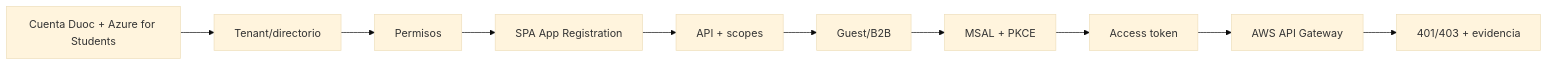
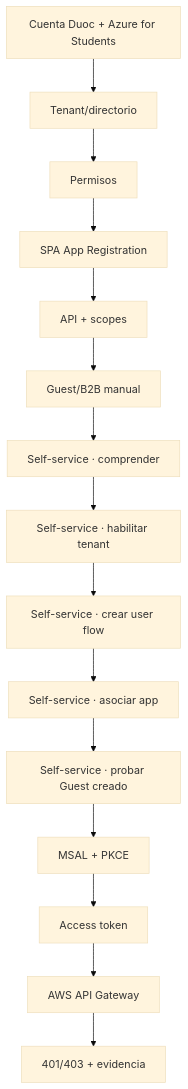
The first of 2 diagrams in semanas/semana-04/00a-guia-operativa-autenticacion-entra.md (cmartinezs/DSY1107-DESARROLLO-CLOUD-NATIVE-I-2026-2), drawn with Mermaid (base theme) before and after one commit. The commit also changed other lines of this file, not shown here.

Commit message:
docs(dsy1107): add staged self-service sign-up to week 4 Entra path

````diff
--- a/semanas/semana-04/00a-guia-operativa-autenticacion-entra.md
+++ b/semanas/semana-04/00a-guia-operativa-autenticacion-entra.md
@@ -11,12 +11,17 @@
 ```mermaid
-flowchart LR
+flowchart TD
     A[Cuenta Duoc + Azure for Students] --> B[Tenant/directorio]
     B --> C[Permisos]
     C --> D[SPA App Registration]
     D --> E[API + scopes]
-    E --> F[Guest/B2B]
-    F --> G[MSAL + PKCE]
-    G --> H[Access token]
-    H --> I[AWS API Gateway]
-    I --> J[401/403 + evidencia]
+    E --> F[Guest/B2B manual]
+    F --> G[Self-service · comprender]
+    G --> H[Self-service · habilitar tenant]
+    H --> I[Self-service · crear user flow]
+    I --> J[Self-service · asociar app]
+    J --> K[Self-service · probar Guest creado]
+    K --> L[MSAL + PKCE]
+    L --> M[Access token]
+    M --> N[AWS API Gateway]
+    N --> O[401/403 + evidencia]
 ```
````
